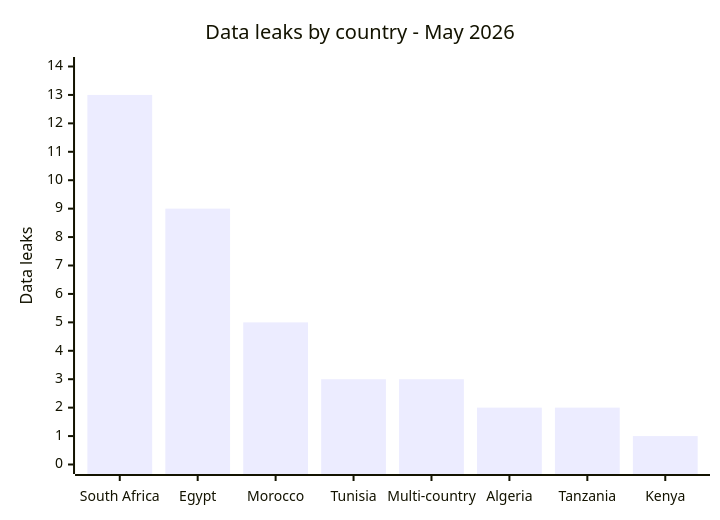
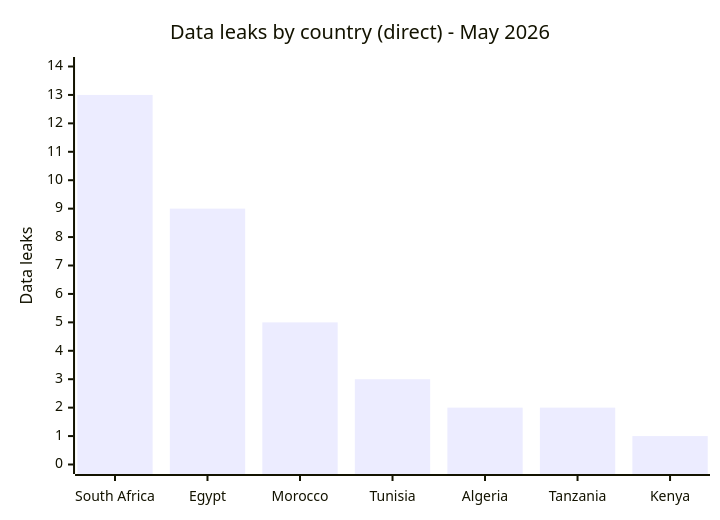
Before and after one commit to Hatchepsoute/AFRINTEL: the fourth of 7 diagrams in statistics/2026/05-may/README.md, drawn with Mermaid. The commit also changed other lines of this file and 3 other files, not shown here.

First line of the commit message:
docs: replace multi-country labels with explicit country listings in May 2026

````diff
--- a/statistics/2026/05-may/README.md
+++ b/statistics/2026/05-may/README.md
@@ -111,7 +153,7 @@
 ```mermaid
 xychart-beta
-    title "Data leaks by country - May 2026"
-    x-axis ["South Africa","Egypt","Morocco","Tunisia","Multi-country","Algeria","Tanzania","Kenya"]
+    title "Data leaks by country (direct) - May 2026"
+    x-axis ["South Africa","Egypt","Morocco","Tunisia","Algeria","Tanzania","Kenya"]
     y-axis "Data leaks" 0 --> 14
-    bar [13,9,5,3,3,2,2,1]
+    bar [13,9,5,3,2,2,1]
 ```
````
